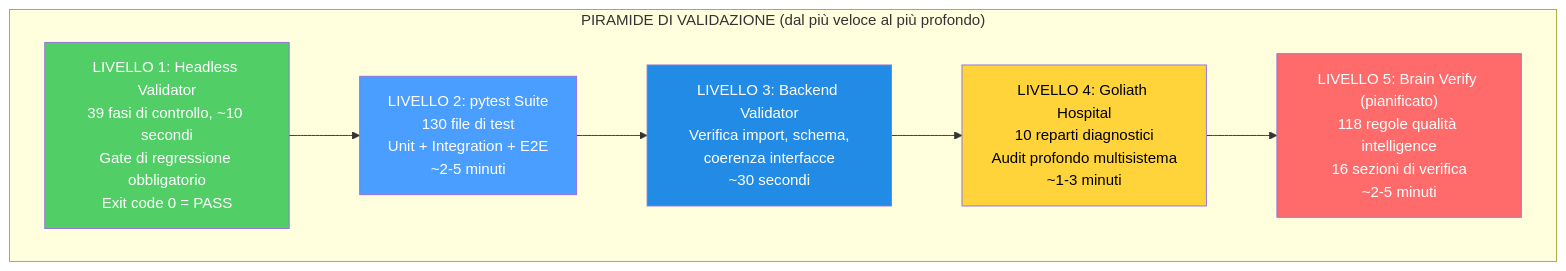
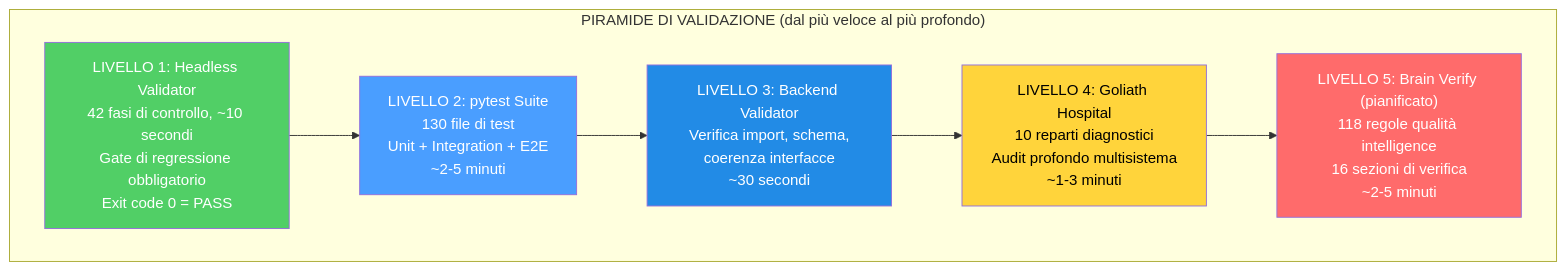
Before and after one commit to renanaugustomacena-ux/Counter-Strike-coach-AI: diagram 38 of 52 in docs/books/Book-Coach-3.md, drawn with Mermaid. The commit also changed other lines of this file and 77 other files, not shown here.

````diff
--- a/docs/books/Book-Coach-3.md
+++ b/docs/books/Book-Coach-3.md
@@ -2035,16 +2035,16 @@
 ```mermaid
 flowchart TB
     subgraph PYRAMID["PIRAMIDE DI VALIDAZIONE (dal più veloce al più profondo)"]
-        L1["LIVELLO 1: Headless Validator<br/>39 fasi di controllo, ~10 secondi<br/>Gate di regressione obbligatorio<br/>Exit code 0 = PASS"]
+        L1["LIVELLO 1: Headless Validator<br/>42 fasi di controllo, ~10 secondi<br/>Gate di regressione obbligatorio<br/>Exit code 0 = PASS"]
         L2["LIVELLO 2: pytest Suite<br/>130 file di test<br/>Unit + Integration + E2E<br/>~2-5 minuti"]
         L3["LIVELLO 3: Backend Validator<br/>Verifica import, schema,<br/>coerenza interfacce<br/>~30 secondi"]
         L4["LIVELLO 4: Goliath Hospital<br/>10 reparti diagnostici<br/>Audit profondo multisistema<br/>~1-3 minuti"]
         L5["LIVELLO 5: Brain Verify (pianificato)<br/>118 regole qualità intelligence<br/>16 sezioni di verifica<br/>~2-5 minuti"]
     end
     L1 --> L2 --> L3 --> L4 --> L5
     style L1 fill:#51cf66,color:#fff
     style L2 fill:#4a9eff,color:#fff
     style L3 fill:#228be6,color:#fff
     style L4 fill:#ffd43b,color:#000
     style L5 fill:#ff6b6b,color:#fff
 ```
````
